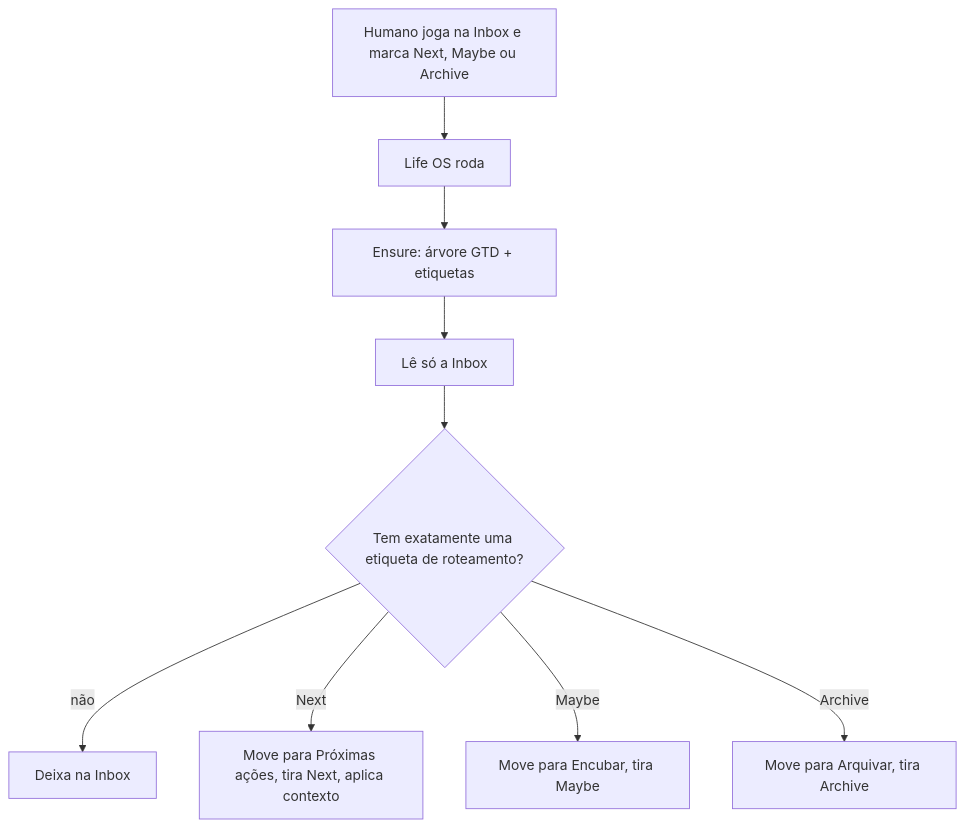
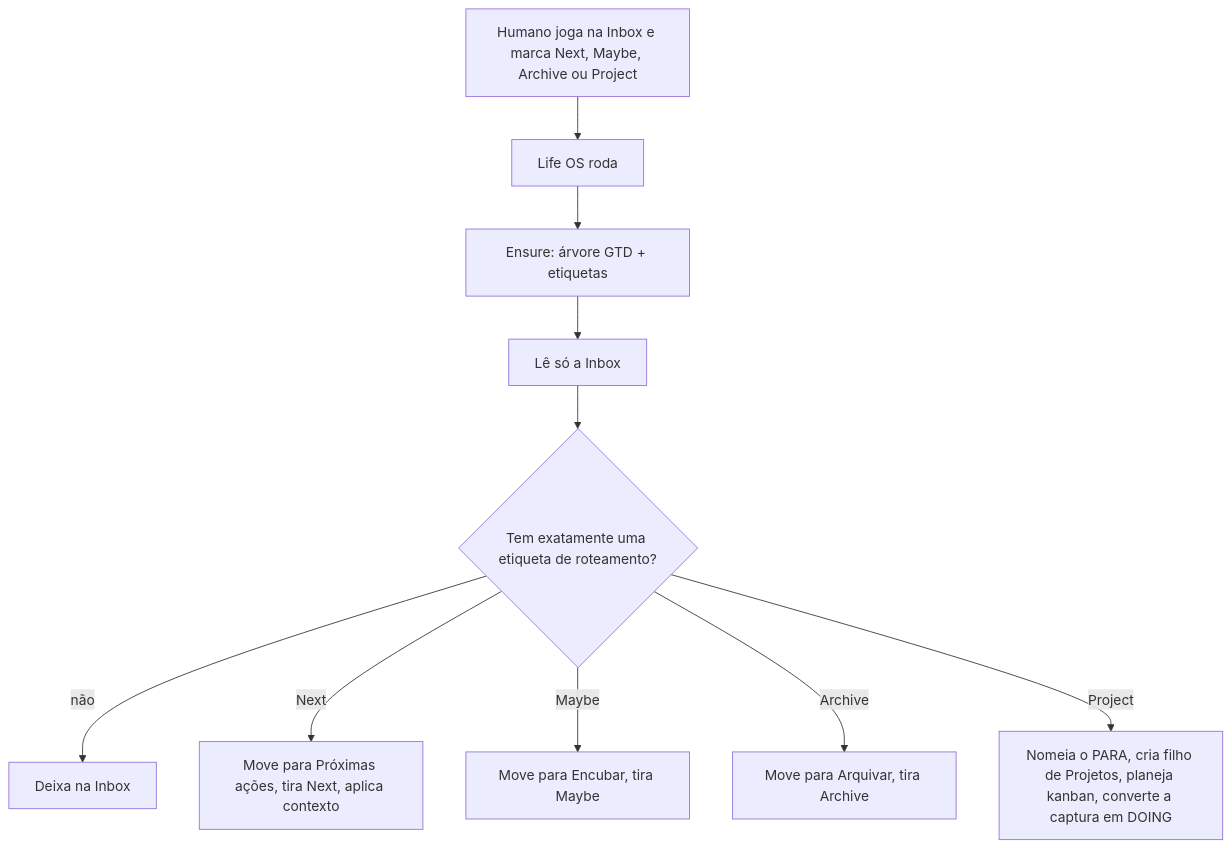
The diagram in docs/specs/01-todoist-fluxo.md (leandrobudaumoraes/MyLife), drawn with Mermaid before and after one commit. The commit also changed other lines of this file and 25 other files, not shown here.

````diff
--- a/docs/specs/01-todoist-fluxo.md
+++ b/docs/specs/01-todoist-fluxo.md
@@ -132,11 +149,12 @@
 ```mermaid
 flowchart TB
-  H["Humano joga na Inbox e marca Next, Maybe ou Archive"] --> RUN["Life OS roda"]
+  H["Humano joga na Inbox e marca Next, Maybe, Archive ou Project"] --> RUN["Life OS roda"]
   RUN --> ENSURE["Ensure: árvore GTD + etiquetas"]
   ENSURE --> INBOX["Lê só a Inbox"]
   INBOX --> FILTRO{"Tem exatamente uma etiqueta de roteamento?"}
   FILTRO -->|não| SKIP["Deixa na Inbox"]
   FILTRO -->|Next| NEXT["Move para Próximas ações, tira Next, aplica contexto"]
   FILTRO -->|Maybe| MAYBE["Move para Encubar, tira Maybe"]
   FILTRO -->|Archive| ARQ["Move para Arquivar, tira Archive"]
+  FILTRO -->|Project| PROJ["Nomeia o PARA, cria filho de Projetos, planeja kanban, converte a captura em DOING"]
 ```
````
